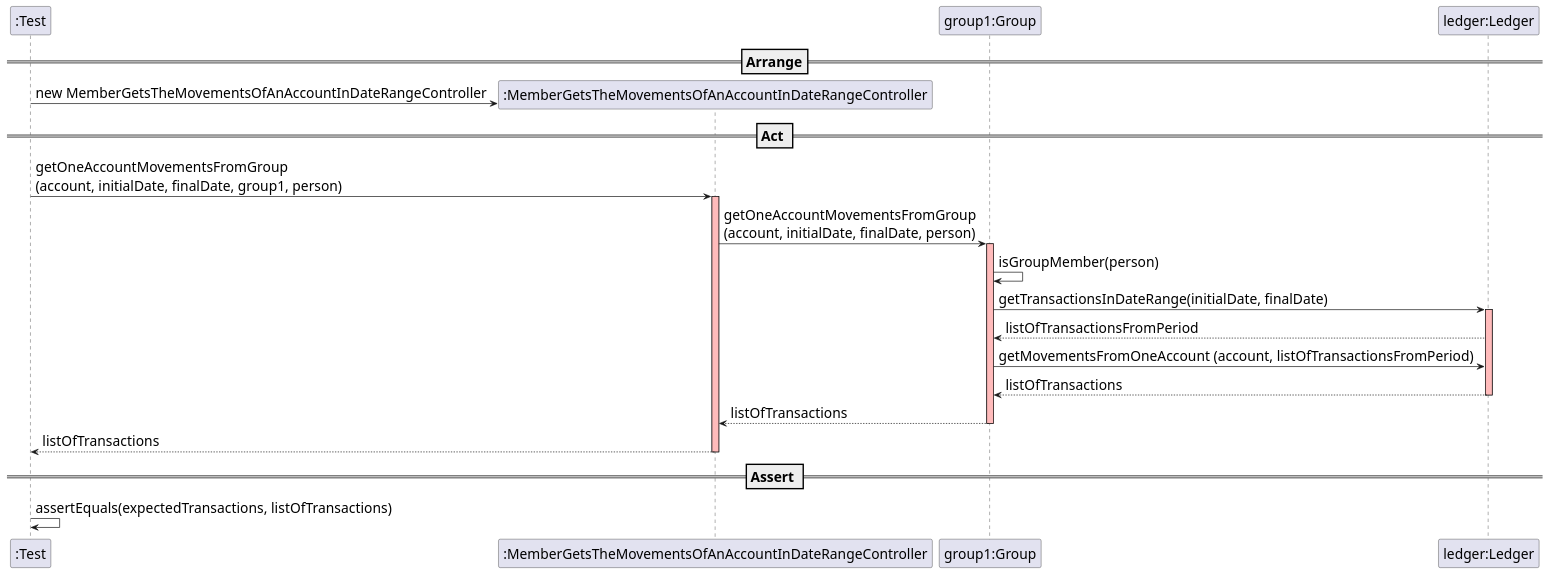
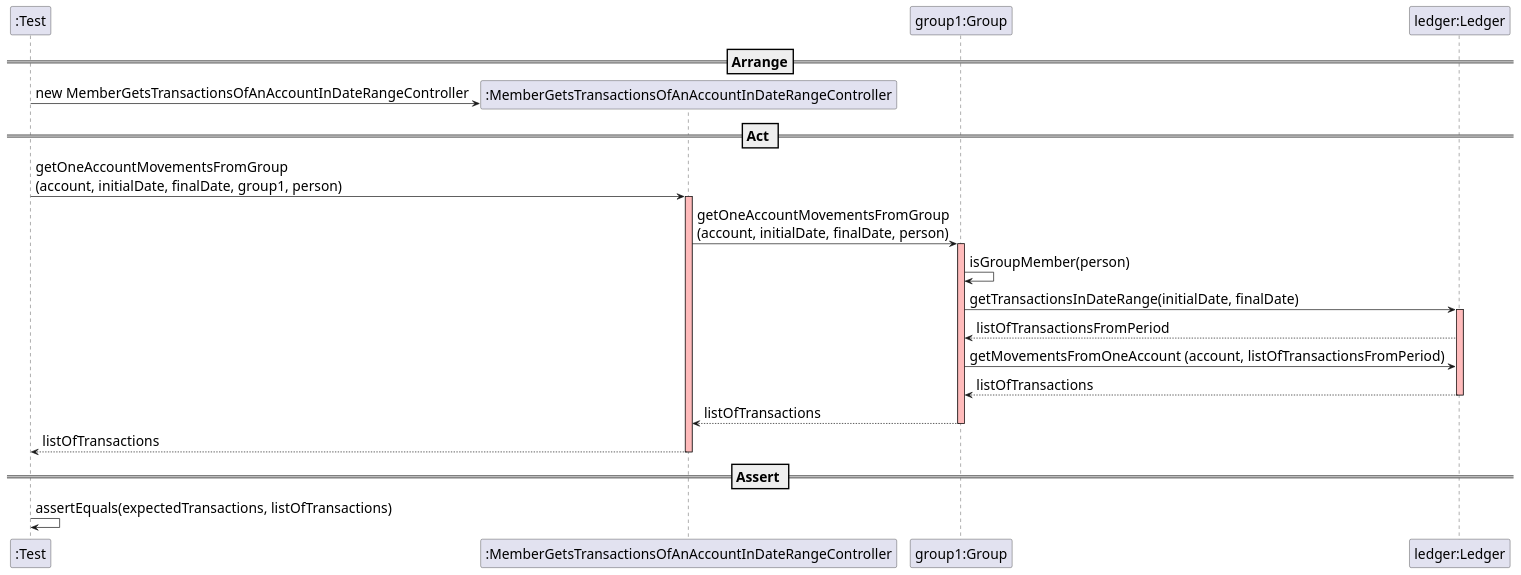
Before and after one commit to mleitaoribeiro/DevOpsMaven: the diagram in docs/SequenceDiagram - US010.2.puml, drawn with PlantUML. The commit also changed 1 other file, not shown here.

```diff
--- a/docs/SequenceDiagram - US010.2.puml
+++ b/docs/SequenceDiagram - US010.2.puml
@@ -1,42 +1,42 @@
 @startuml
 
 skinparam DefaultFontSize 20
 
 create ":Test"
 
 ==Arrange==
 
-create ":MemberGetsTheMovementsOfAnAccountInDateRangeController"
-":Test" -> ":MemberGetsTheMovementsOfAnAccountInDateRangeController" : new MemberGetsTheMovementsOfAnAccountInDateRangeController
+create ":MemberGetsTransactionsOfAnAccountInDateRangeController"
+":Test" -> ":MemberGetsTransactionsOfAnAccountInDateRangeController" : new MemberGetsTransactionsOfAnAccountInDateRangeController
 
 participant "group1:Group"
 
 participant "ledger:Ledger"
-deactivate ":MemberGetsTheMovementsOfAnAccountInDateRangeController" #FFBBBB
+deactivate ":MemberGetsTransactionsOfAnAccountInDateRangeController" #FFBBBB
 
 == Act ==
 
-":Test" -> ":MemberGetsTheMovementsOfAnAccountInDateRangeController" : getOneAccountMovementsFromGroup\n(account, initialDate, finalDate, group1, person)
-activate ":MemberGetsTheMovementsOfAnAccountInDateRangeController" #FFBBBB
-":MemberGetsTheMovementsOfAnAccountInDateRangeController" -> "group1:Group" : getOneAccountMovementsFromGroup\n(account, initialDate, finalDate, person)
+":Test" -> ":MemberGetsTransactionsOfAnAccountInDateRangeController" : getOneAccountMovementsFromGroup\n(account, initialDate, finalDate, group1, person)
+activate ":MemberGetsTransactionsOfAnAccountInDateRangeController" #FFBBBB
+":MemberGetsTransactionsOfAnAccountInDateRangeController" -> "group1:Group" : getOneAccountMovementsFromGroup\n(account, initialDate, finalDate, person)
 activate "group1:Group" #FFBBBB
 
 "group1:Group" -> "group1:Group" : isGroupMember(person)
 
 "group1:Group" -> "ledger:Ledger" : getTransactionsInDateRange(initialDate, finalDate)
 activate "ledger:Ledger" #FFBBBB
 "ledger:Ledger" --> "group1:Group" : listOfTransactionsFromPeriod
 
 "group1:Group" -> "ledger:Ledger" : getMovementsFromOneAccount (account, listOfTransactionsFromPeriod)
 "ledger:Ledger" --> "group1:Group" : listOfTransactions
 deactivate "ledger:Ledger" #FFBBBB
-"group1:Group" --> ":MemberGetsTheMovementsOfAnAccountInDateRangeController" : listOfTransactions
+"group1:Group" --> ":MemberGetsTransactionsOfAnAccountInDateRangeController" : listOfTransactions
 deactivate "group1:Group" #FFBBBB
-":MemberGetsTheMovementsOfAnAccountInDateRangeController" --> ":Test" : listOfTransactions
-deactivate ":MemberGetsTheMovementsOfAnAccountInDateRangeController" #FFBBBB
+":MemberGetsTransactionsOfAnAccountInDateRangeController" --> ":Test" : listOfTransactions
+deactivate ":MemberGetsTransactionsOfAnAccountInDateRangeController" #FFBBBB
 
 == Assert ==
 
 ":Test" -> ":Test" : assertEquals(expectedTransactions, listOfTransactions)
 
 @enduml
```
